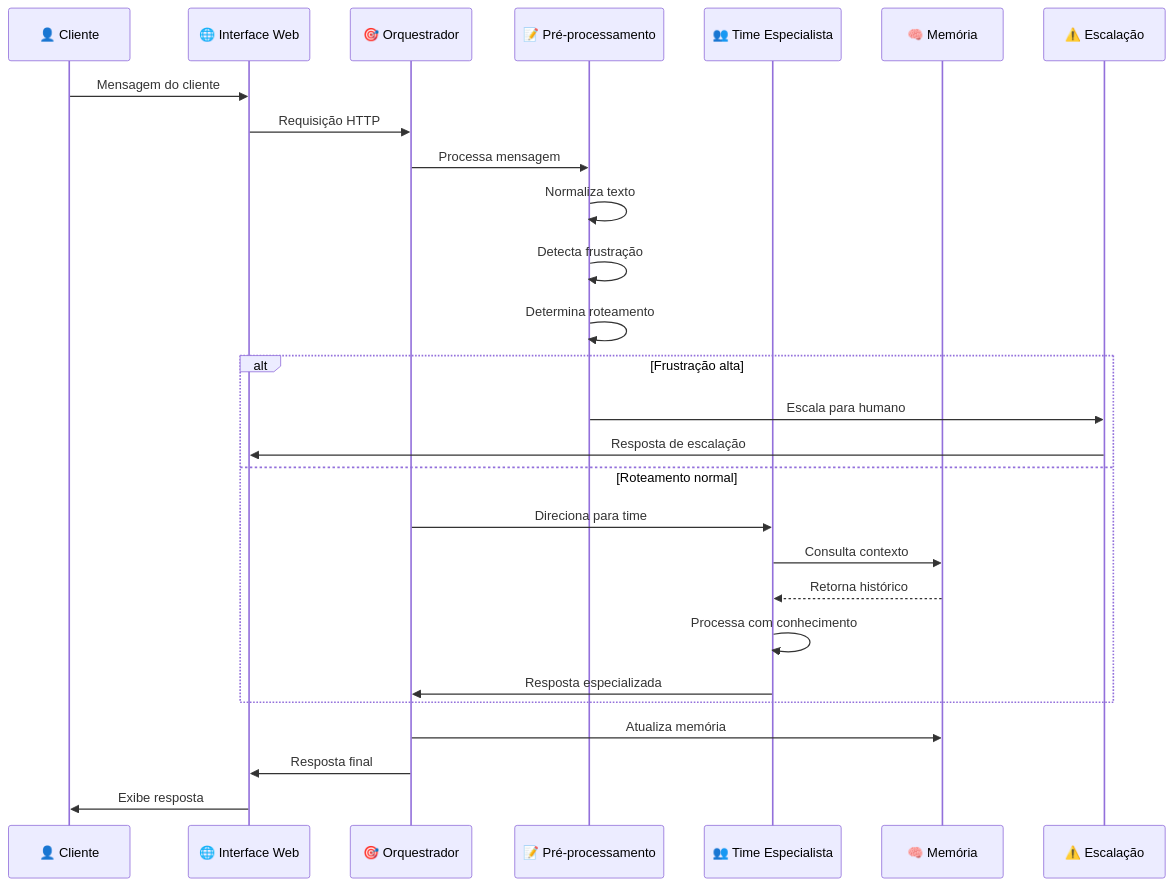
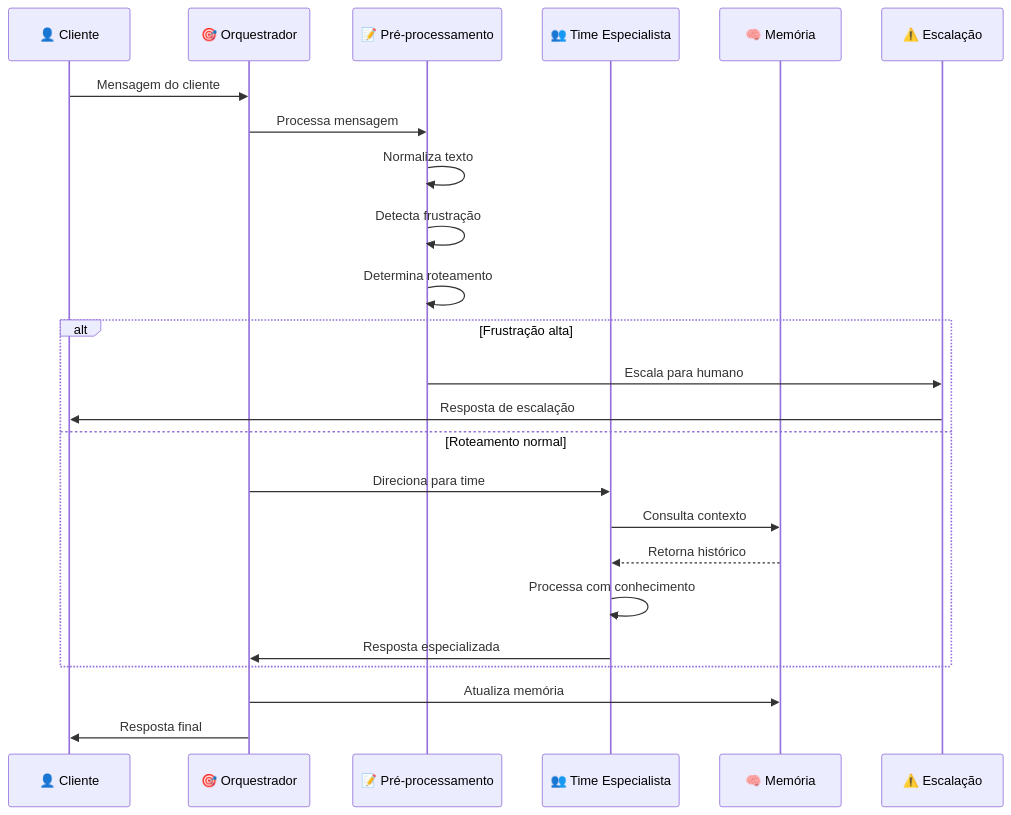
The second of 2 diagrams in README.md (namastexlabs/automagik-hive), drawn with Mermaid before and after one commit. The commit also changed other lines of this file and 1 other file, not shown here.

````diff
--- a/README.md
+++ b/README.md
@@ -97,32 +84,29 @@
 ```mermaid
 sequenceDiagram
     participant U as 👤 Cliente
-    participant UI as 🌐 Interface Web
     participant O as 🎯 Orquestrador
     participant P as 📝 Pré-processamento
     participant T as 👥 Time Especialista
     participant M as 🧠 Memória
     participant E as ⚠️ Escalação
     
-    U->>UI: Mensagem do cliente
-    UI->>O: Requisição HTTP
+    U->>O: Mensagem do cliente
     O->>P: Processa mensagem
     P->>P: Normaliza texto
     P->>P: Detecta frustração
     P->>P: Determina roteamento
     
     alt Frustração alta
         P->>E: Escala para humano
-        E->>UI: Resposta de escalação
+        E->>U: Resposta de escalação
     else Roteamento normal
         O->>T: Direciona para time
         T->>M: Consulta contexto
         M-->>T: Retorna histórico
         T->>T: Processa com conhecimento
         T->>O: Resposta especializada
     end
     
     O->>M: Atualiza memória
-    O->>UI: Resposta final
-    UI->>U: Exibe resposta
+    O->>U: Resposta final
 ```
````
